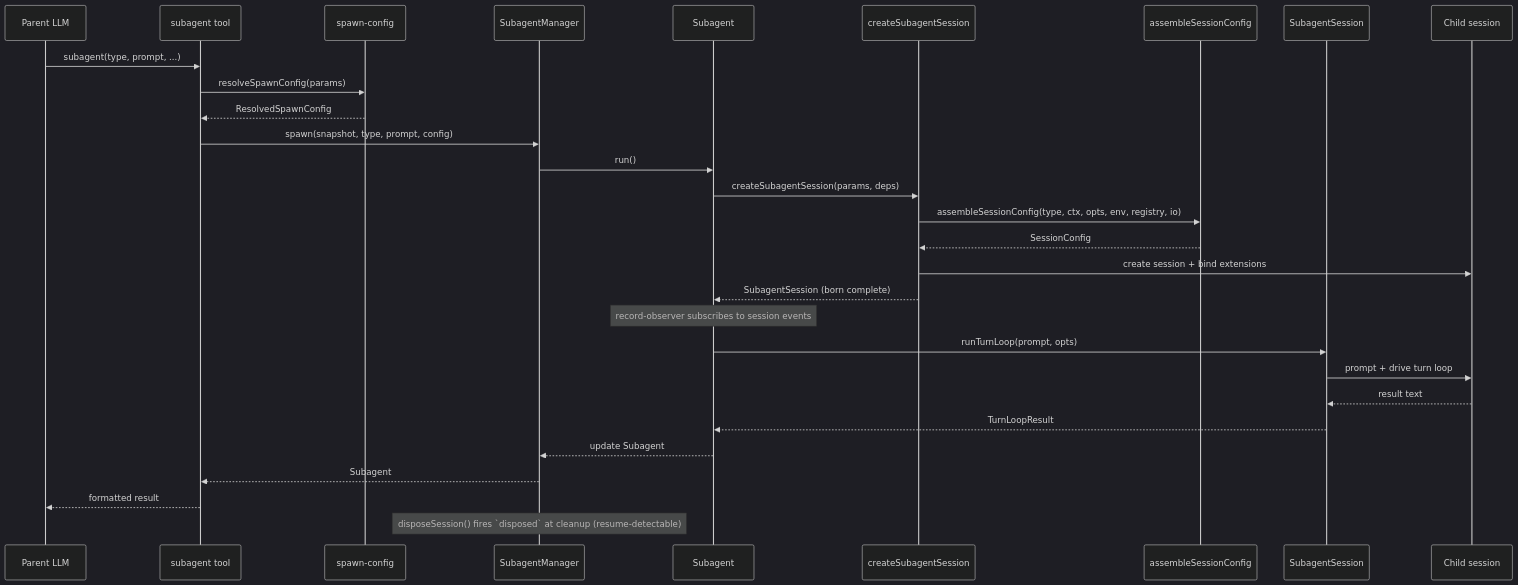
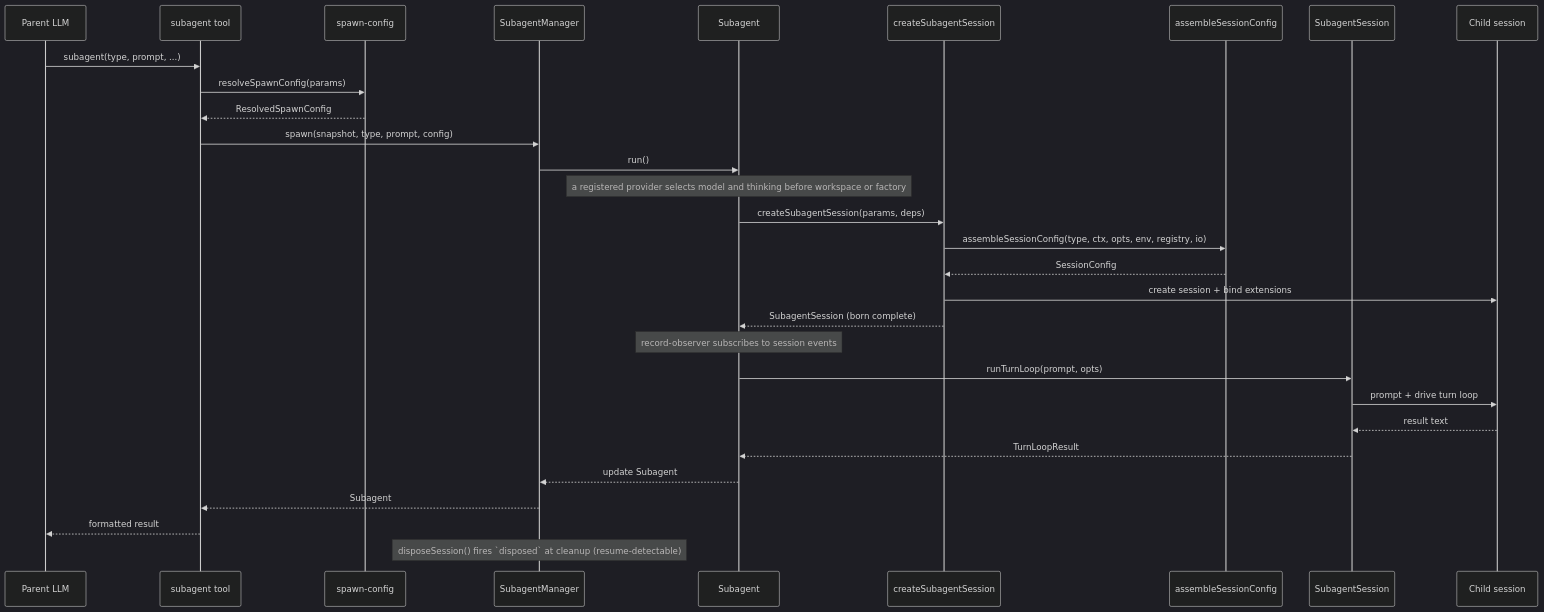
The fourth of 6 diagrams in packages/pi-subagents/docs/architecture/architecture.md (Jopqior/gotgenes-pi-packages), drawn with Mermaid (dark theme) before and after one commit. The commit also changed other lines of this file and 17 other files, not shown here.

````diff
--- a/packages/pi-subagents/docs/architecture/architecture.md
+++ b/packages/pi-subagents/docs/architecture/architecture.md
@@ -290,32 +290,33 @@
 ```mermaid
 sequenceDiagram
     participant LLM as Parent LLM
     participant Tool as subagent tool
     participant Spawn as spawn-config
     participant Mgr as SubagentManager
     participant Ag as Subagent
     participant Factory as createSubagentSession
     participant Asm as assembleSessionConfig
     participant Sub as SubagentSession
     participant Child as Child session
 
     LLM->>Tool: subagent(type, prompt, ...)
     Tool->>Spawn: resolveSpawnConfig(params)
     Spawn-->>Tool: ResolvedSpawnConfig
     Tool->>Mgr: spawn(snapshot, type, prompt, config)
     Mgr->>Ag: run()
+    Note over Ag: a registered provider selects model and thinking before workspace or factory
     Ag->>Factory: createSubagentSession(params, deps)
     Factory->>Asm: assembleSessionConfig(type, ctx, opts, env, registry, io)
     Asm-->>Factory: SessionConfig
     Factory->>Child: create session + bind extensions
     Factory-->>Ag: SubagentSession (born complete)
     Note over Ag: record-observer subscribes to session events
     Ag->>Sub: runTurnLoop(prompt, opts)
     Sub->>Child: prompt + drive turn loop
     Child-->>Sub: result text
     Sub-->>Ag: TurnLoopResult
     Ag-->>Mgr: update Subagent
     Mgr-->>Tool: Subagent
     Tool-->>LLM: formatted result
     Note over Mgr: disposeSession() fires `disposed` at cleanup (resume-detectable)
 ```
````
